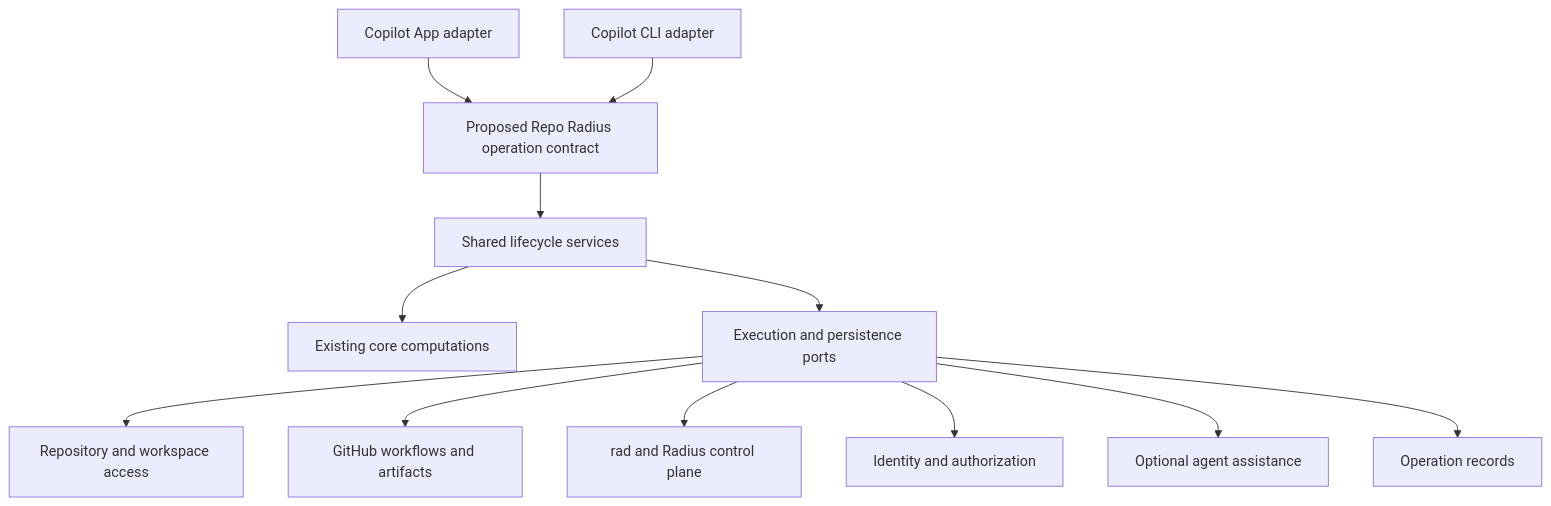
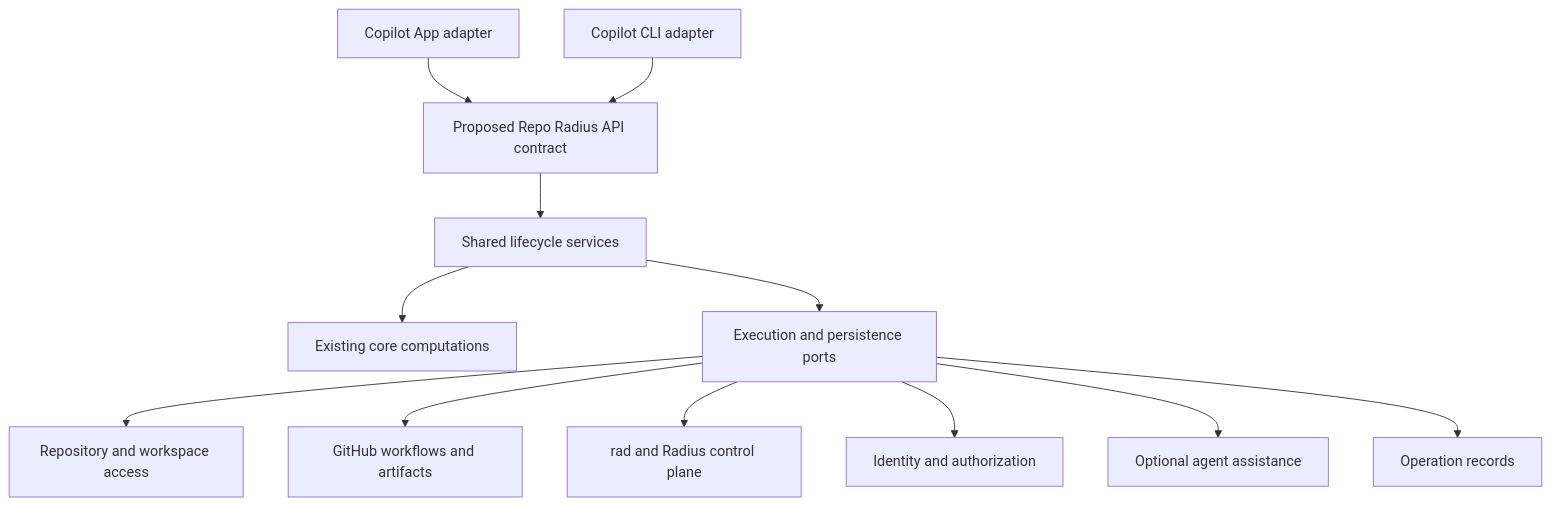
One commit to radius-project/radius changed the second of 4 diagrams in docs/architecture/repo-radius.md. Above: the diagram before and after it, drawn with Mermaid. The commit also changed other lines of this file and 1 other file, not shown here.

Commit message:
docs: name the Repo Radius API contract explicitly

````diff
--- a/docs/architecture/repo-radius.md
+++ b/docs/architecture/repo-radius.md
@@ -87,26 +87,26 @@
 ```mermaid
 graph TD
     App["Copilot App adapter"]
     CLI["Copilot CLI adapter"]
-    Contract["Proposed Repo Radius operation contract"]
+    Contract["Proposed Repo Radius API contract"]
     Services["Shared lifecycle services"]
     Core["Existing core computations"]
     Ports["Execution and persistence ports"]
     Source["Repository and workspace access"]
     GitHub["GitHub workflows and artifacts"]
     Rad["rad and Radius control plane"]
     Identity["Identity and authorization"]
     Agent["Optional agent assistance"]
     Store["Operation records"]
     App --> Contract
     CLI --> Contract
     Contract --> Services
     Services --> Core
     Services --> Ports
     Ports --> Source
     Ports --> GitHub
     Ports --> Rad
     Ports --> Identity
     Ports --> Agent
     Ports --> Store
 ```
````
